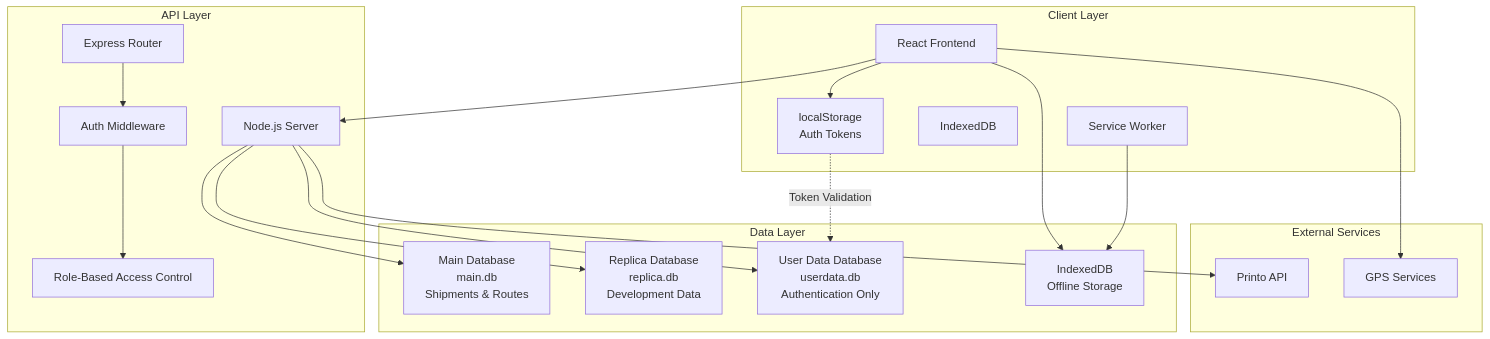
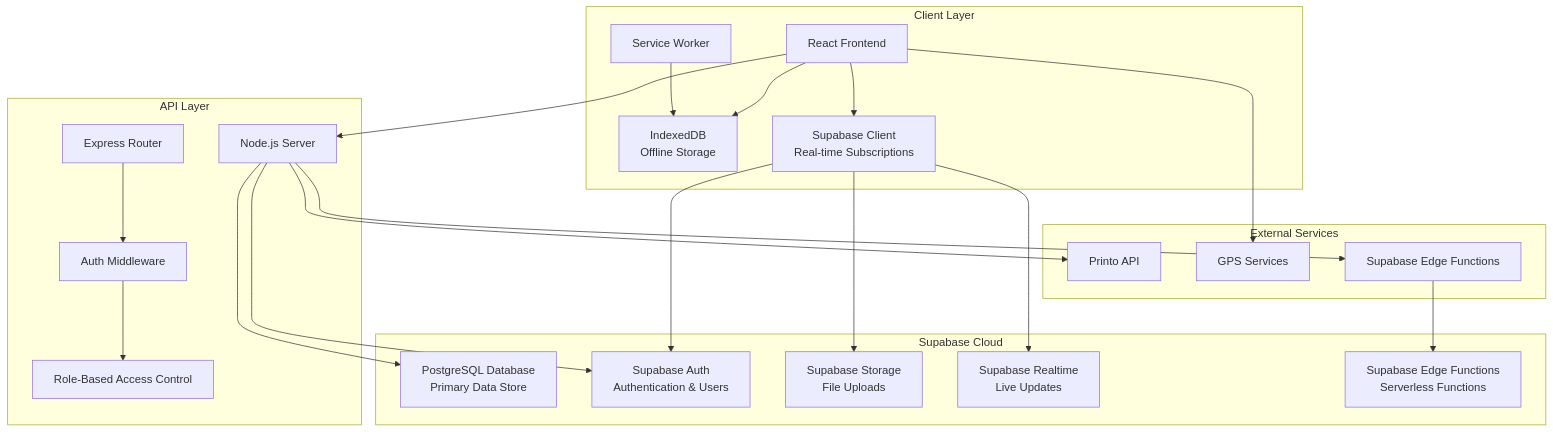
The first of 2 diagrams in docs/system-architecture.md (printo/RiderPro), drawn with Mermaid before and after one commit. The commit also changed other lines of this file and 7 other files, not shown here.

````diff
--- a/docs/system-architecture.md
+++ b/docs/system-architecture.md
@@ -9,41 +9,46 @@
 ```mermaid
 graph TB
     subgraph "Client Layer"
         A[React Frontend]
         B[Service Worker]
-        C[IndexedDB]
-        D[localStorage<br/>Auth Tokens]
+        C[IndexedDB<br/>Offline Storage]
+        D[Supabase Client<br/>Real-time Subscriptions]
     end
     
     subgraph "API Layer"
         E[Node.js Server]
         F[Express Router]
         G[Auth Middleware]
         H[Role-Based Access Control]
     end
     
     subgraph "External Services"
         I[Printo API]
         J[GPS Services]
+        K[Supabase Edge Functions]
     end
     
-    subgraph "Data Layer"
-        K[Main Database<br/>main.db<br/>Shipments & Routes]
-        L[Replica Database<br/>replica.db<br/>Development Data]
-        M[User Data Database<br/>userdata.db<br/>Authentication Only]
-        N[IndexedDB<br/>Offline Storage]
+    subgraph "Supabase Cloud"
+        L[PostgreSQL Database<br/>Primary Data Store]
+        M[Supabase Auth<br/>Authentication & Users]
+        N[Supabase Storage<br/>File Uploads]
+        O[Supabase Realtime<br/>Live Updates]
+        P[Supabase Edge Functions<br/>Serverless Functions]
     end
     
     A --> E
-    A --> N
+    A --> C
     A --> D
-    B --> N
-    E --> K
+    A --> J
+    B --> C
     E --> L
     E --> M
     E --> I
     F --> G
     G --> H
-    A --> J
-    D -.->|Token Validation| M
+    D --> O
+    D --> M
+    D --> N
+    E --> K
+    K --> P
 ```
````
